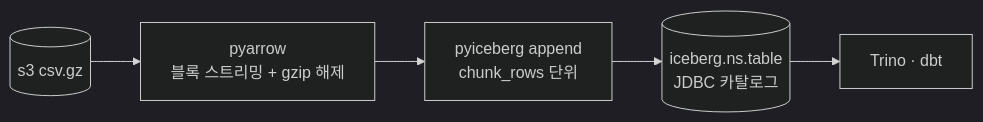
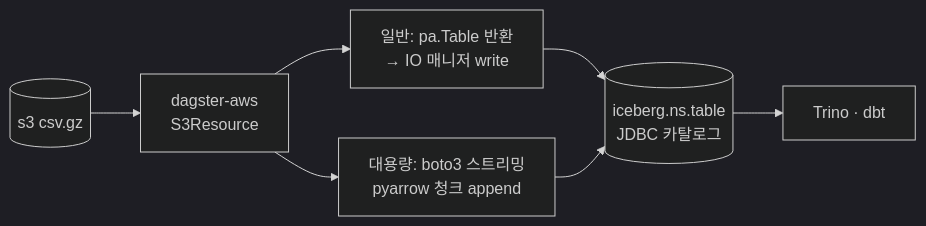
The fourth of 4 diagrams in docs/architecture.md (Melting-Face/dagster-study), drawn with Mermaid (dark theme) before and after one commit. The commit also changed other lines of this file and 2 other files, not shown here.

Commit message:
docs: architecture·dagster 컨벤션 및 CLAUDE 리소스 구조 반영

````diff
--- a/docs/architecture.md
+++ b/docs/architecture.md
@@ -173,10 +179,13 @@
 ```mermaid
 flowchart LR
     SRC[(s3 csv.gz)]
-    PA[pyarrow<br/>블록 스트리밍 + gzip 해제]
-    PI[pyiceberg append<br/>chunk_rows 단위]
+    S3R[dagster-aws<br/>S3Resource]
+    A[일반: pa.Table 반환<br/>→ IO 매니저 write]
+    B[대용량: boto3 스트리밍<br/>pyarrow 청크 append]
     ICE[(iceberg.ns.table<br/>JDBC 카탈로그)]
     Q[Trino · dbt]
 
-    SRC --> PA --> PI --> ICE --> Q
+    SRC --> S3R
+    S3R --> A --> ICE
+    S3R --> B --> ICE --> Q
 ```
````
